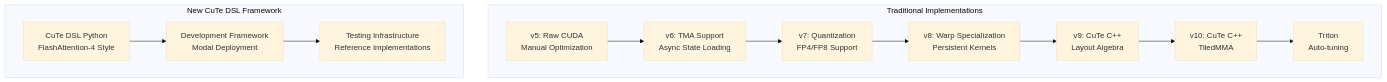
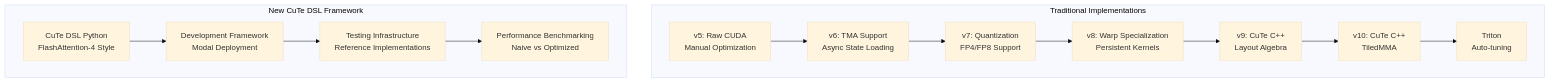
Before and after one commit to gugudeshubao/flashinfer-bench-tma-thrust: the first of 7 diagrams in .qoder/repowiki/en/content/Core Kernels/Core Kernels.md, drawn with Mermaid (base theme). The commit also changed other lines of this file and 25 other files, not shown here.

````diff
--- a/.qoder/repowiki/en/content/Core Kernels/Core Kernels.md
+++ b/.qoder/repowiki/en/content/Core Kernels/Core Kernels.md
@@ -79,19 +80,20 @@
 ```mermaid
 graph TB
 subgraph "Traditional Implementations"
 CUDA_v5["v5: Raw CUDA<br/>Manual Optimization"]
 CUDA_v6["v6: TMA Support<br/>Async State Loading"]
 CUDA_v7["v7: Quantization<br/>FP4/FP8 Support"]
 CUDA_v8["v8: Warp Specialization<br/>Persistent Kernels"]
 CuTe_v9["v9: CuTe C++<br/>Layout Algebra"]
 CuTe_v10["v10: CuTe C++<br/>TiledMMA"]
 Triton["Triton<br/>Auto-tuning"]
 end
 subgraph "New CuTe DSL Framework"
 DSL_v11["CuTe DSL Python<br/>FlashAttention-4 Style"]
 Dev_Framework["Development Framework<br/>Modal Deployment"]
 Testing_Infra["Testing Infrastructure<br/>Reference Implementations"]
+Performance_Benchmark["Performance Benchmarking<br/>Naive vs Optimized"]
 end
 CUDA_v5 --> CUDA_v6 --> CUDA_v7 --> CUDA_v8 --> CuTe_v9 --> CuTe_v10 --> Triton
-DSL_v11 --> Dev_Framework --> Testing_Infra
+DSL_v11 --> Dev_Framework --> Testing_Infra --> Performance_Benchmark
 ```
````
